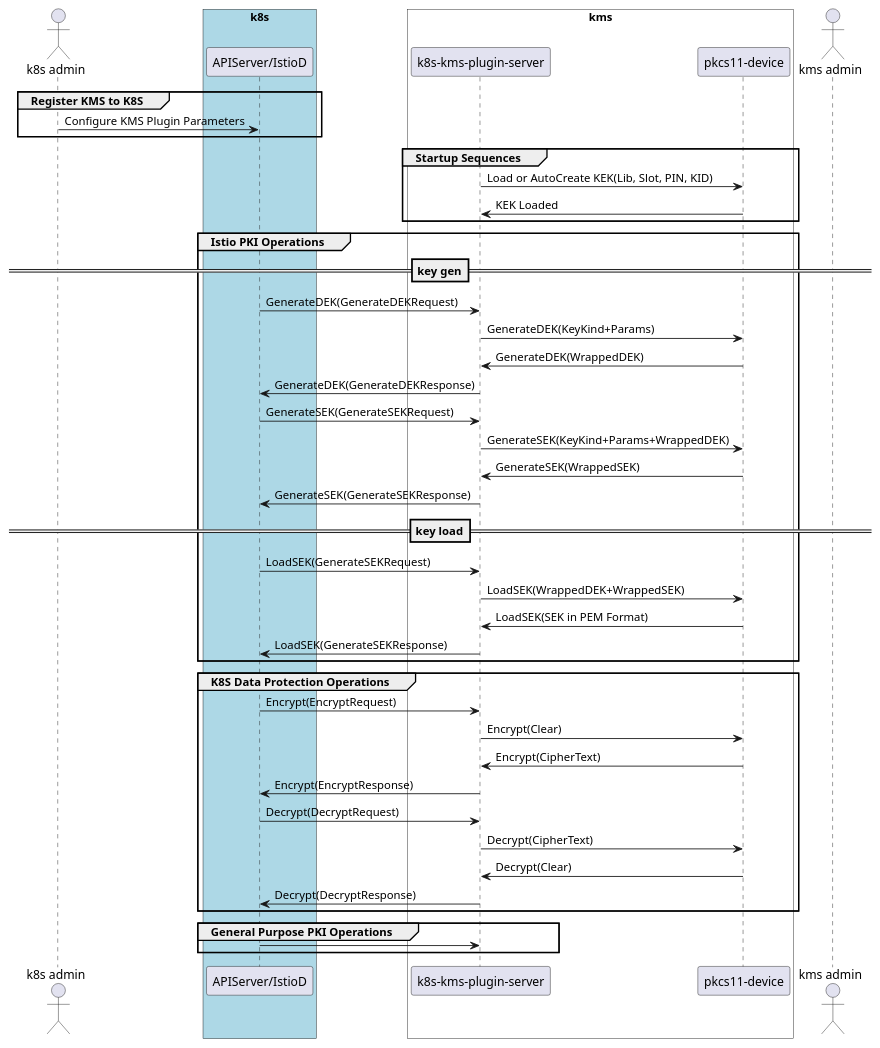
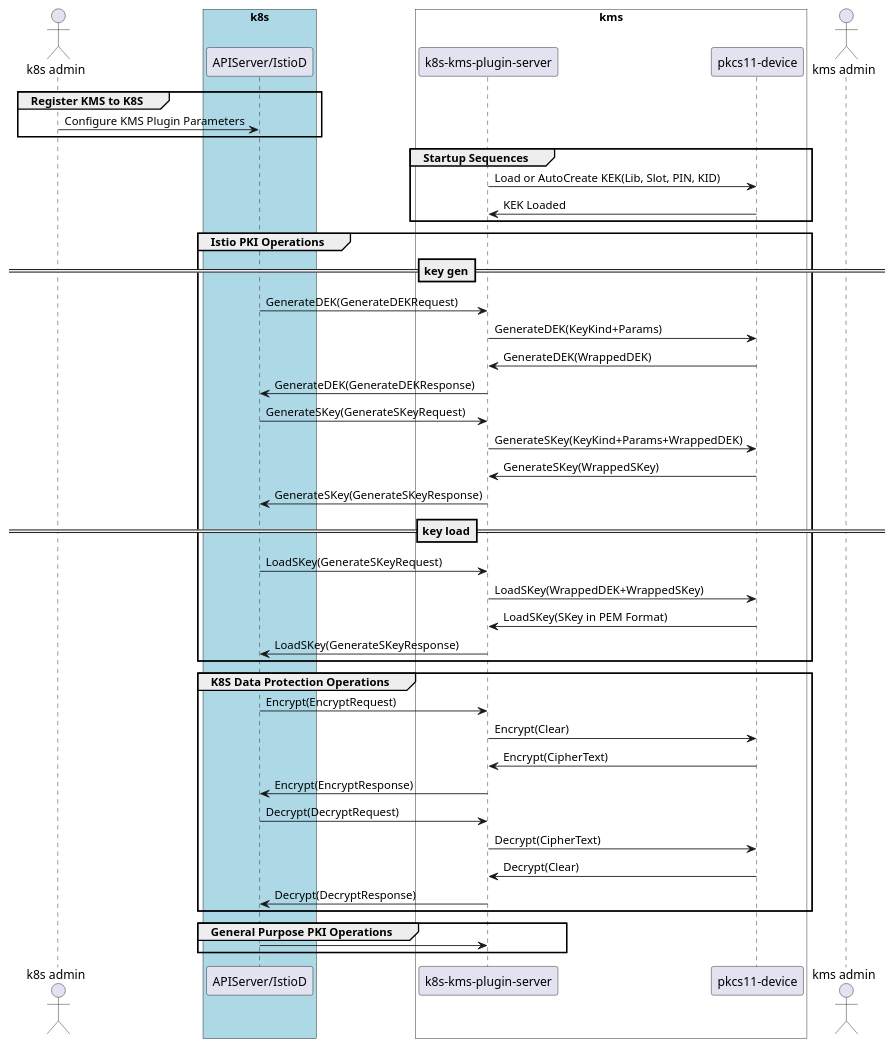
One commit to ThalesGroup/k8s-kms-plugin changed the diagram in docs/standalone.puml. Above: the diagram before and after it, drawn with PlantUML. The commit also changed 4 other files, not shown here.

```diff
--- a/docs/standalone.puml
+++ b/docs/standalone.puml
@@ -1,61 +1,61 @@
 @startuml
     actor "k8s admin" as k8sa
 
     box "k8s" #LightBlue
         participant "APIServer/IstioD" as apis
     end box
 
     box "kms" #fff
         participant "k8s-kms-plugin-server" as server
         participant "pkcs11-device" as p11
     end box
 
     group Register KMS to K8S
         k8sa -> apis : Configure KMS Plugin Parameters
 
     end
 
     group Startup Sequences
         server -> p11 : Load or AutoCreate KEK(Lib, Slot, PIN, KID)
         p11 -> server : KEK Loaded
     end
 
     group Istio PKI Operations
         ==key gen==
         apis -> server : GenerateDEK(GenerateDEKRequest)
         server -> p11 : GenerateDEK(KeyKind+Params)
         server <- p11 : GenerateDEK(WrappedDEK)
         apis <- server : GenerateDEK(GenerateDEKResponse)
-        apis -> server : GenerateSEK(GenerateSEKRequest)
-        server -> p11 : GenerateSEK(KeyKind+Params+WrappedDEK)
-        server <- p11 : GenerateSEK(WrappedSEK)
-        apis <- server : GenerateSEK(GenerateSEKResponse)
+        apis -> server : GenerateSKey(GenerateSKeyRequest)
+        server -> p11 : GenerateSKey(KeyKind+Params+WrappedDEK)
+        server <- p11 : GenerateSKey(WrappedSKey)
+        apis <- server : GenerateSKey(GenerateSKeyResponse)
 
         ==key load==
-        apis -> server : LoadSEK(GenerateSEKRequest)
-        server -> p11 : LoadSEK(WrappedDEK+WrappedSEK)
-        server <- p11 : LoadSEK(SEK in PEM Format)
-        apis <- server : LoadSEK(GenerateSEKResponse)
+        apis -> server : LoadSKey(GenerateSKeyRequest)
+        server -> p11 : LoadSKey(WrappedDEK+WrappedSKey)
+        server <- p11 : LoadSKey(SKey in PEM Format)
+        apis <- server : LoadSKey(GenerateSKeyResponse)
 
     end
     group K8S Data Protection Operations
 
         apis -> server : Encrypt(EncryptRequest)
         server -> p11 : Encrypt(Clear)
         server <- p11 : Encrypt(CipherText)
         apis <- server : Encrypt(EncryptResponse)
 
         apis -> server : Decrypt(DecryptRequest)
         server -> p11 : Decrypt(CipherText)
         server <- p11 : Decrypt(Clear)
         apis <- server : Decrypt(DecryptResponse)
 
     end
 
 
     group General Purpose PKI Operations
         apis -> server :
     end
     actor "kms admin" as kmsa
 
 @enduml
```
